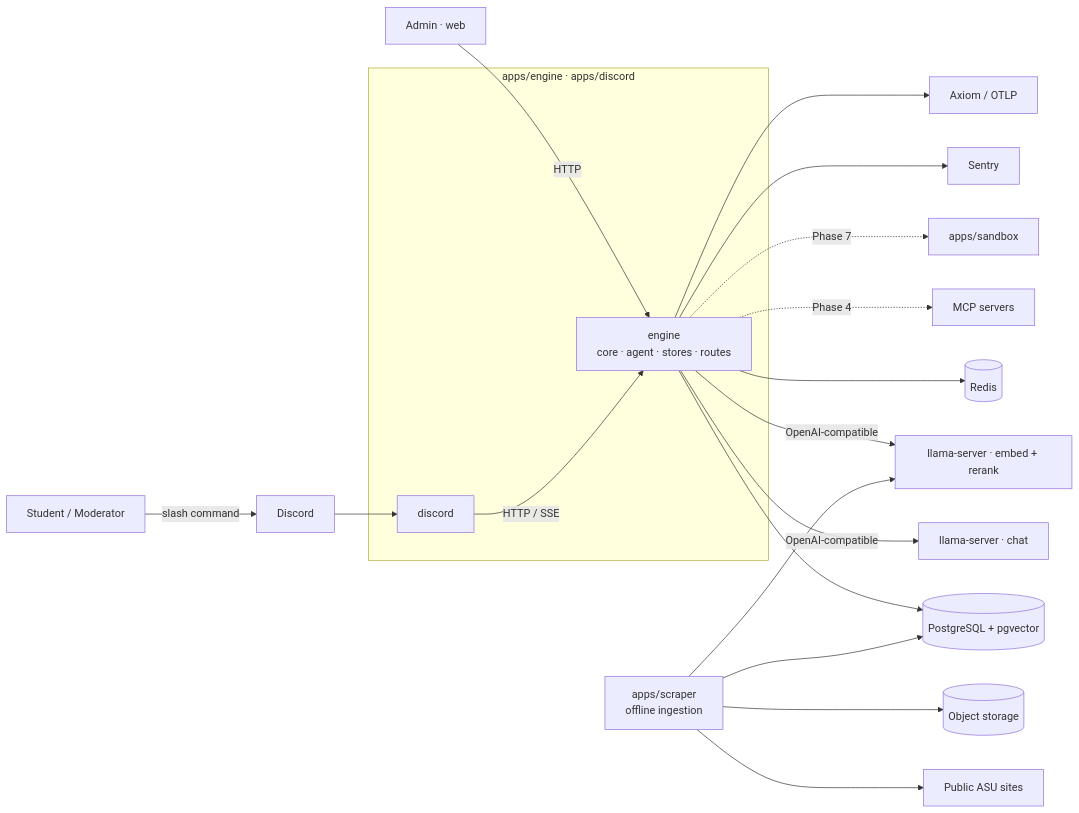
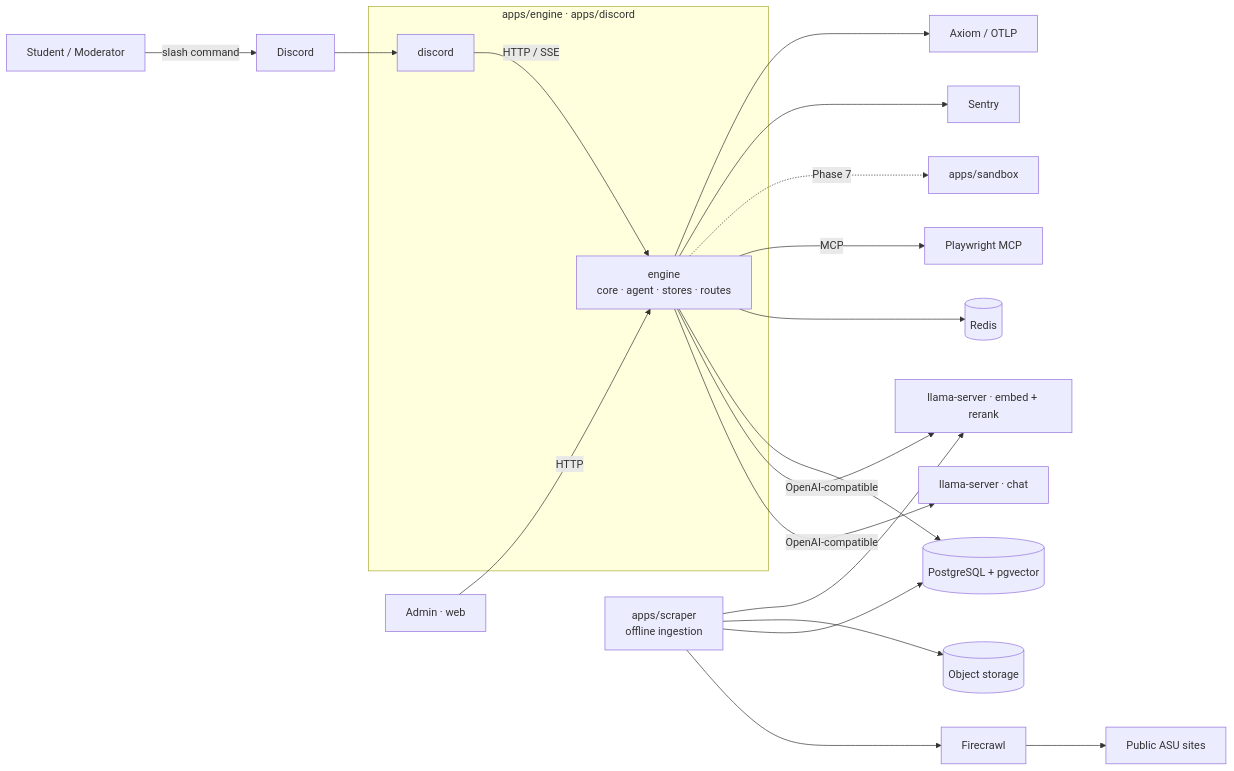
The diagram in docs/ARCHITECTURE.md (ashworks1706/SparkyAI), drawn with Mermaid before and after one commit. The commit also changed other lines of this file and 29 other files, not shown here.

````diff
--- a/docs/ARCHITECTURE.md
+++ b/docs/ARCHITECTURE.md
@@ -75,27 +76,28 @@
 ```mermaid
 flowchart LR
     U[Student / Moderator] -->|slash command| D[Discord]
     A[Admin · web] -->|HTTP| APP
 
     subgraph rust [apps/engine · apps/discord]
         BOT[discord]
         APP[engine<br/>core · agent · stores · routes]
     end
     D --> BOT
     BOT -->|HTTP / SSE| APP
 
     APP -->|OpenAI-compatible| OLL[llama-server · chat]
     APP -->|OpenAI-compatible| EMB[llama-server · embed + rerank]
     APP --> PG[(PostgreSQL + pgvector)]
     APP --> RD[(Redis)]
-    APP -.->|Phase 4| MCP[MCP servers]
+    APP -->|MCP| MCP[Playwright MCP]
     APP -.->|Phase 7| BW[apps/sandbox]
 
-    ING[apps/scraper<br/>offline ingestion] --> WEB[Public ASU sites]
+    ING[apps/scraper<br/>offline ingestion] --> FC[Firecrawl]
+    FC --> WEB[Public ASU sites]
     ING --> PG
     ING --> S3[(Object storage)]
     ING --> EMB
 
     APP --> SEN[Sentry]
     APP --> AX[Axiom / OTLP]
 ```
````
